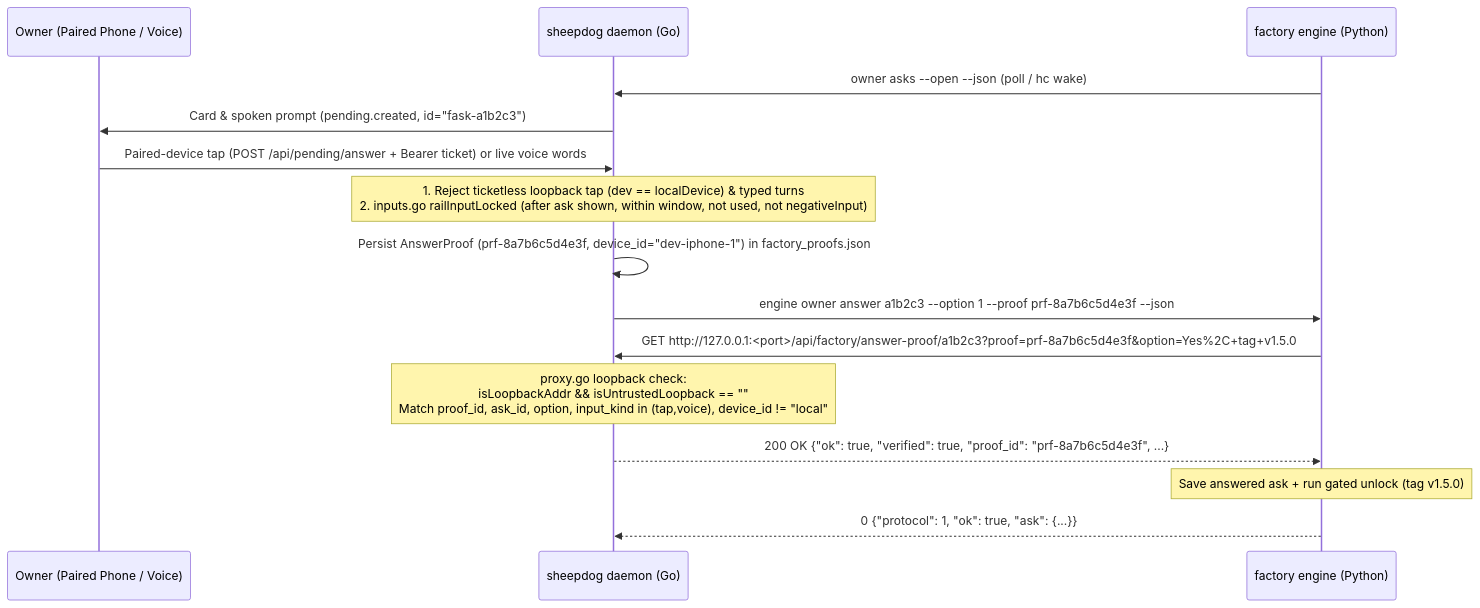
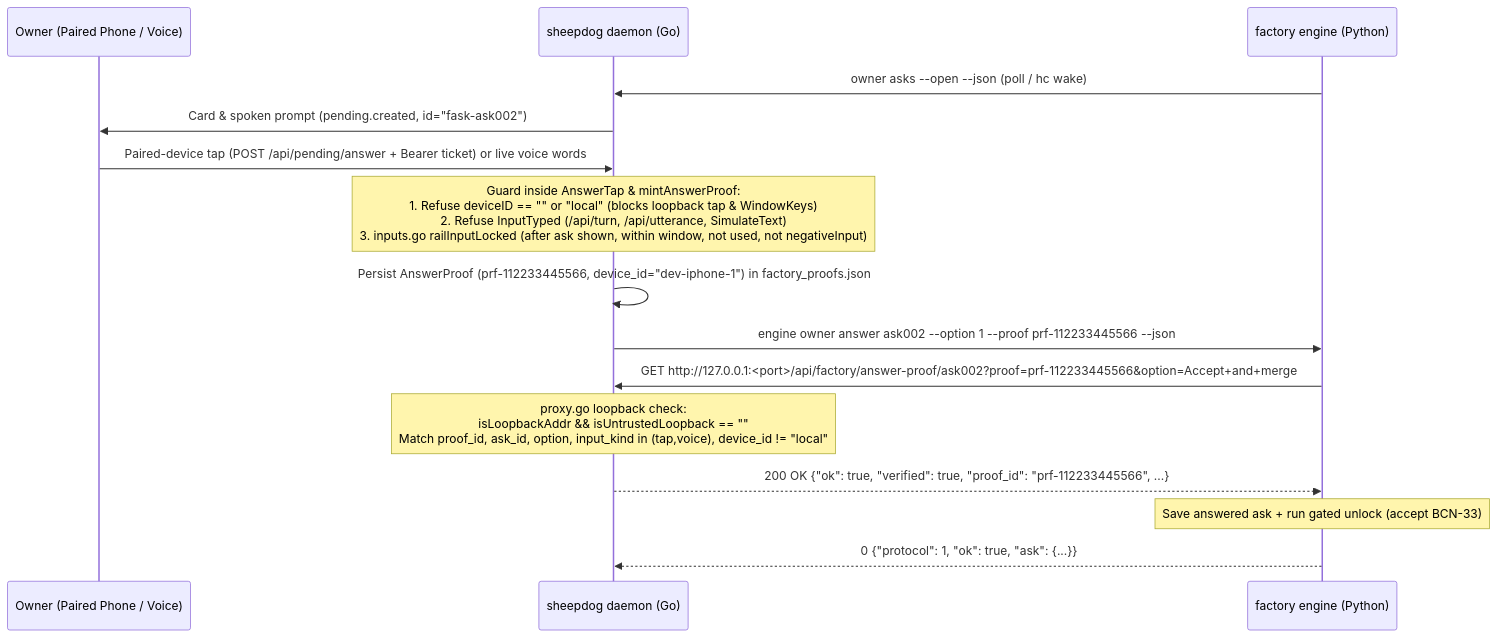
Before and after one commit to kccarlos/herdr-sheepdog: the second of 3 diagrams in docs/dev/factory/owner-contract.md, drawn with Mermaid. The commit also changed other lines of this file and 1 other file, not shown here.

Commit message:
docs(factory): gate non-delegation rule revokes, guard mint deviceID, and extract fixture

````diff
--- a/docs/dev/factory/owner-contract.md
+++ b/docs/dev/factory/owner-contract.md
@@ -856,18 +319,18 @@
 ```mermaid
 sequenceDiagram
   participant Phone as Owner (Paired Phone / Voice)
   participant Daemon as sheepdog daemon (Go)
   participant Engine as factory engine (Python)
 
   Engine->>Daemon: owner asks --open --json (poll / hc wake)
-  Daemon->>Phone: Card & spoken prompt (pending.created, id="fask-a1b2c3")
+  Daemon->>Phone: Card & spoken prompt (pending.created, id="fask-ask002")
   Phone->>Daemon: Paired-device tap (POST /api/pending/answer + Bearer ticket) or live voice words
-  Note over Daemon: 1. Reject ticketless loopback tap (dev == localDevice) & typed turns<br/>2. inputs.go railInputLocked (after ask shown, within window, not used, not negativeInput)
-  Daemon->>Daemon: Persist AnswerProof (prf-8a7b6c5d4e3f, device_id="dev-iphone-1") in factory_proofs.json
-  Daemon->>Engine: engine owner answer a1b2c3 --option 1 --proof prf-8a7b6c5d4e3f --json
-  Engine->>Daemon: GET http://127.0.0.1:<port>/api/factory/answer-proof/a1b2c3?proof=prf-8a7b6c5d4e3f&option=Yes%2C+tag+v1.5.0
+  Note over Daemon: Guard inside AnswerTap & mintAnswerProof:<br/>1. Refuse deviceID == "" or "local" (blocks loopback tap & WindowKeys)<br/>2. Refuse InputTyped (/api/turn, /api/utterance, SimulateText)<br/>3. inputs.go railInputLocked (after ask shown, within window, not used, not negativeInput)
+  Daemon->>Daemon: Persist AnswerProof (prf-112233445566, device_id="dev-iphone-1") in factory_proofs.json
+  Daemon->>Engine: engine owner answer ask002 --option 1 --proof prf-112233445566 --json
+  Engine->>Daemon: GET http://127.0.0.1:<port>/api/factory/answer-proof/ask002?proof=prf-112233445566&option=Accept+and+merge
   Note over Daemon: proxy.go loopback check:<br/>isLoopbackAddr && isUntrustedLoopback == ""<br/>Match proof_id, ask_id, option, input_kind in (tap,voice), device_id != "local"
-  Daemon-->>Engine: 200 OK {"ok": true, "verified": true, "proof_id": "prf-8a7b6c5d4e3f", ...}
-  Note over Engine: Save answered ask + run gated unlock (tag v1.5.0)
+  Daemon-->>Engine: 200 OK {"ok": true, "verified": true, "proof_id": "prf-112233445566", ...}
+  Note over Engine: Save answered ask + run gated unlock (accept BCN-33)
   Engine-->>Daemon: 0 {"protocol": 1, "ok": true, "ask": {...}}
 ```
````
